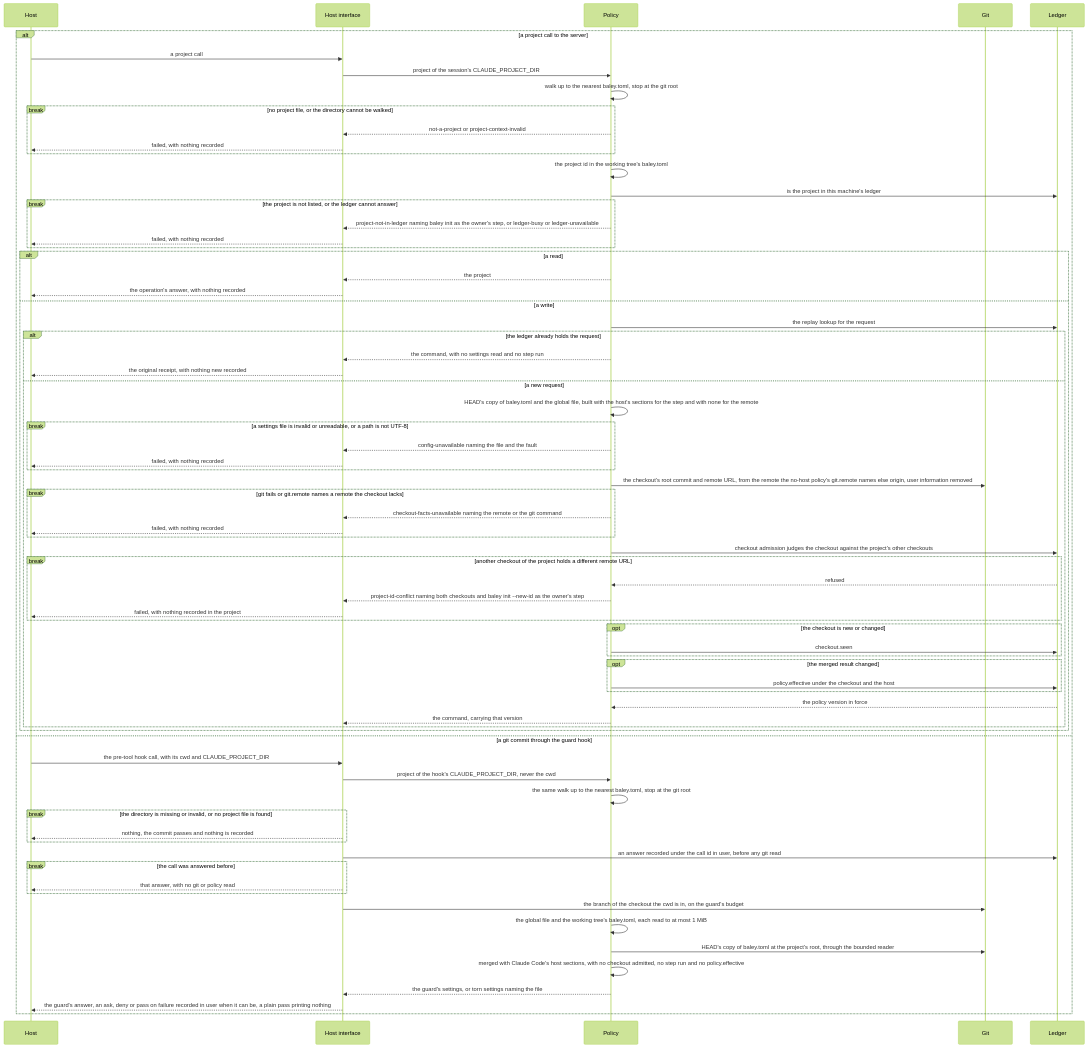
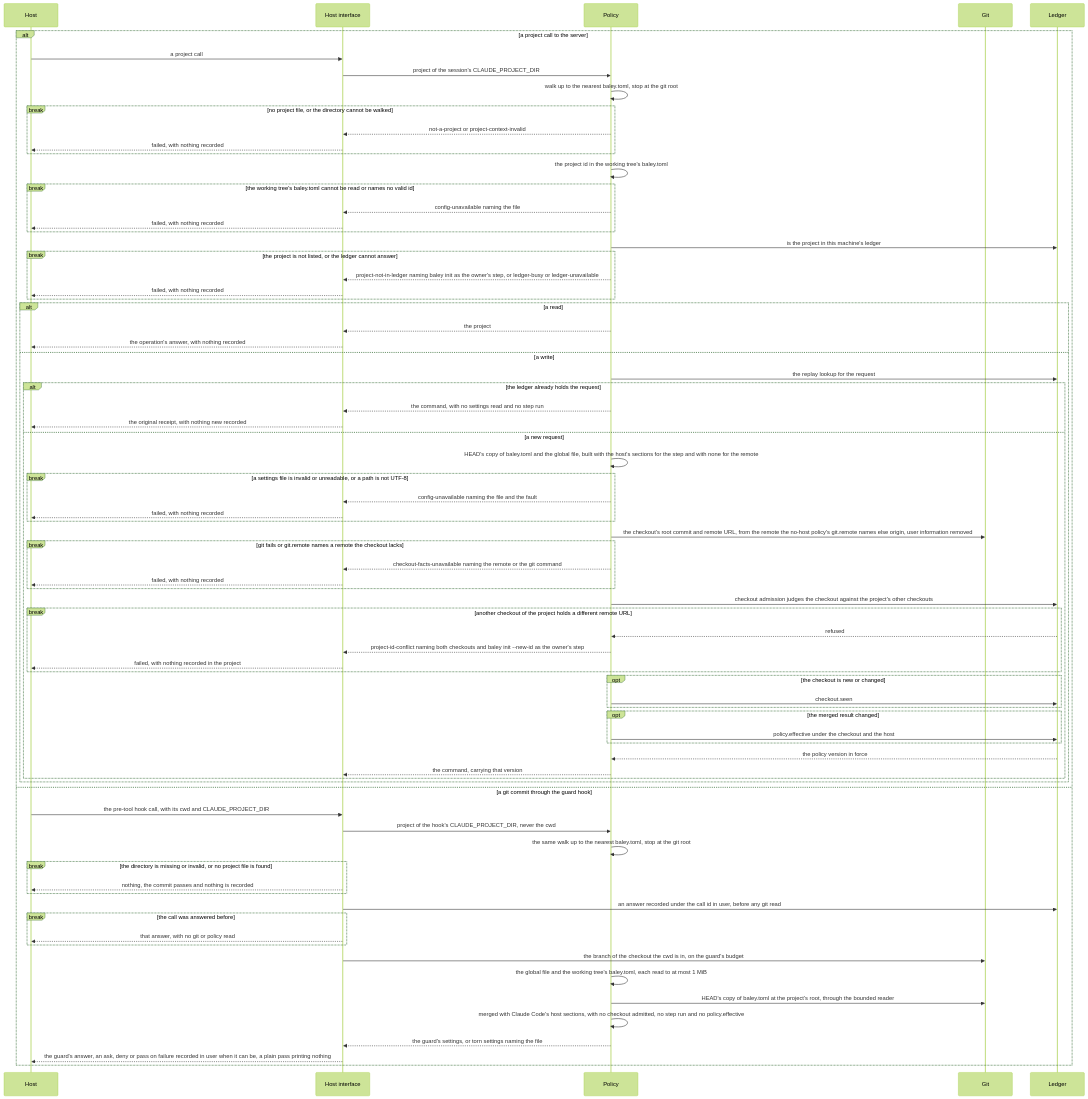
One commit to crenshawdev/baley changed the seventh of 7 diagrams in docs/design/0003-configuration-and-routing.md. Above: the diagram before and after it, drawn with Mermaid (forest theme). The commit also changed other lines of this file and 2 other files, not shown here.

````diff
--- a/docs/design/0003-configuration-and-routing.md
+++ b/docs/design/0003-configuration-and-routing.md
@@ -622,75 +622,79 @@
 ```mermaid
 sequenceDiagram
   participant H as Host
   participant I as Host interface
   participant P as Policy
   participant G as Git
   participant L as Ledger
   alt a project call to the server
     H->>I: a project call
     I->>P: project of the session's CLAUDE_PROJECT_DIR
     P->>P: walk up to the nearest baley.toml, stop at the git root
     break no project file, or the directory cannot be walked
       P-->>I: not-a-project or project-context-invalid
       I-->>H: failed, with nothing recorded
     end
     P->>P: the project id in the working tree's baley.toml
+    break the working tree's baley.toml cannot be read or names no valid id
+      P-->>I: config-unavailable naming the file
+      I-->>H: failed, with nothing recorded
+    end
     P->>L: is the project in this machine's ledger
     break the project is not listed, or the ledger cannot answer
       P-->>I: project-not-in-ledger naming baley init as the owner's step, or ledger-busy or ledger-unavailable
       I-->>H: failed, with nothing recorded
     end
     alt a read
       P-->>I: the project
       I-->>H: the operation's answer, with nothing recorded
     else a write
       P->>L: the replay lookup for the request
       alt the ledger already holds the request
         P-->>I: the command, with no settings read and no step run
         I-->>H: the original receipt, with nothing new recorded
       else a new request
         P->>P: HEAD's copy of baley.toml and the global file, built with the host's sections for the step and with none for the remote
         break a settings file is invalid or unreadable, or a path is not UTF-8
           P-->>I: config-unavailable naming the file and the fault
           I-->>H: failed, with nothing recorded
         end
         P->>G: the checkout's root commit and remote URL, from the remote the no-host policy's git.remote names else origin, user information removed
         break git fails or git.remote names a remote the checkout lacks
           P-->>I: checkout-facts-unavailable naming the remote or the git command
           I-->>H: failed, with nothing recorded
         end
         P->>L: checkout admission judges the checkout against the project's other checkouts
         break another checkout of the project holds a different remote URL
           L-->>P: refused
           P-->>I: project-id-conflict naming both checkouts and baley init --new-id as the owner's step
           I-->>H: failed, with nothing recorded in the project
         end
         opt the checkout is new or changed
           P->>L: checkout.seen
         end
         opt the merged result changed
           P->>L: policy.effective under the checkout and the host
         end
         L-->>P: the policy version in force
         P-->>I: the command, carrying that version
       end
     end
   else a git commit through the guard hook
     H->>I: the pre-tool hook call, with its cwd and CLAUDE_PROJECT_DIR
     I->>P: project of the hook's CLAUDE_PROJECT_DIR, never the cwd
     P->>P: the same walk up to the nearest baley.toml, stop at the git root
     break the directory is missing or invalid, or no project file is found
       I-->>H: nothing, the commit passes and nothing is recorded
     end
     I->>L: an answer recorded under the call id in user, before any git read
     break the call was answered before
       I-->>H: that answer, with no git or policy read
     end
     I->>G: the branch of the checkout the cwd is in, on the guard's budget
     P->>P: the global file and the working tree's baley.toml, each read to at most 1 MiB
     P->>G: HEAD's copy of baley.toml at the project's root, through the bounded reader
     P->>P: merged with Claude Code's host sections, with no checkout admitted, no step run and no policy.effective
     P-->>I: the guard's settings, or torn settings naming the file
     I-->>H: the guard's answer, an ask, deny or pass on failure recorded in user when it can be, a plain pass printing nothing
   end
 ```
````
